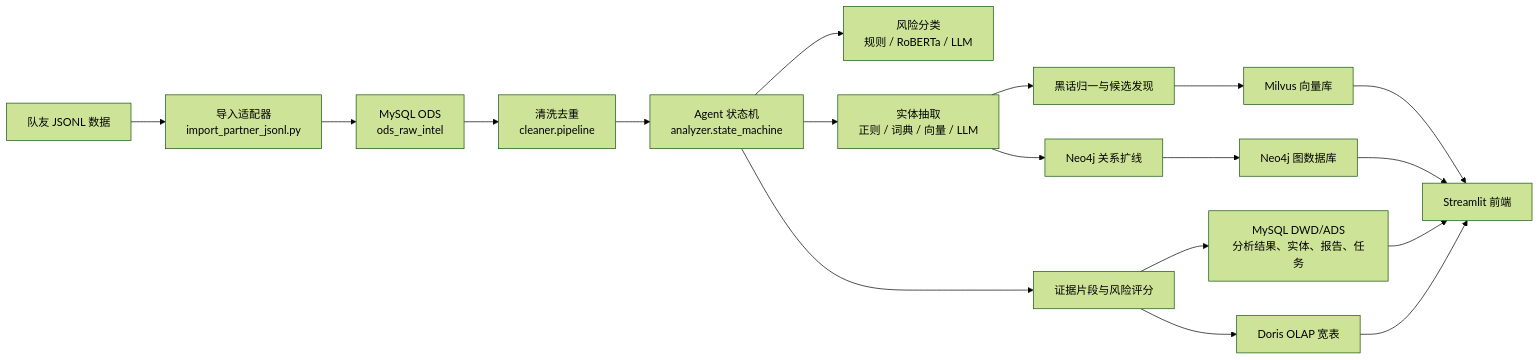
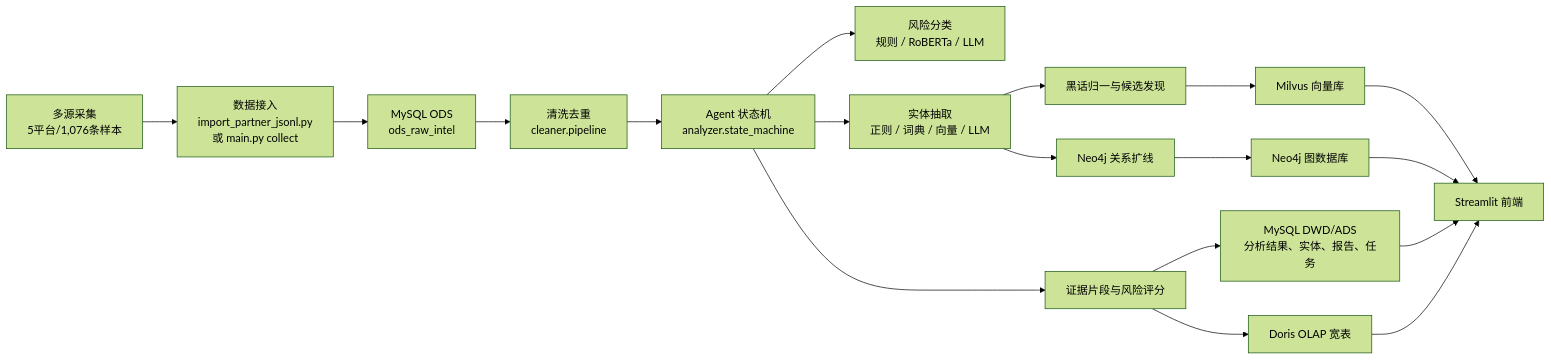
Before and after one commit to lym250772-hue/BGI: the first of 4 diagrams in README.md, drawn with Mermaid (forest theme). The commit also changed other lines of this file and 5 other files, not shown here.

````diff
--- a/README.md
+++ b/README.md
@@ -37,23 +39,23 @@
 ```mermaid
 flowchart LR
-    A["队友 JSONL 数据"] --> B["导入适配器\nimport_partner_jsonl.py"]
+    A["多源采集\n5平台/1,076条样本"] --> B["数据接入\nimport_partner_jsonl.py\n或 main.py collect"]
     B --> C["MySQL ODS\nods_raw_intel"]
     C --> D["清洗去重\ncleaner.pipeline"]
     D --> E["Agent 状态机\nanalyzer.state_machine"]
 
     E --> F["风险分类\n规则 / RoBERTa / LLM"]
     E --> G["实体抽取\n正则 / 词典 / 向量 / LLM"]
     G --> H["黑话归一与候选发现"]
     G --> I["Neo4j 关系扩线"]
     E --> J["证据片段与风险评分"]
 
     J --> K["MySQL DWD/ADS\n分析结果、实体、报告、任务"]
     I --> L["Neo4j 图数据库"]
     H --> M["Milvus 向量库"]
     J --> N["Doris OLAP 宽表"]
 
     K --> O["Streamlit 前端"]
     L --> O
     M --> O
     N --> O
 ```
````
